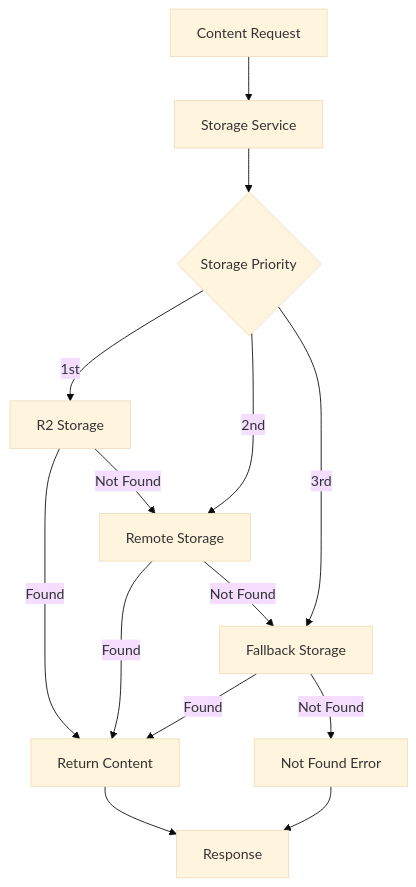
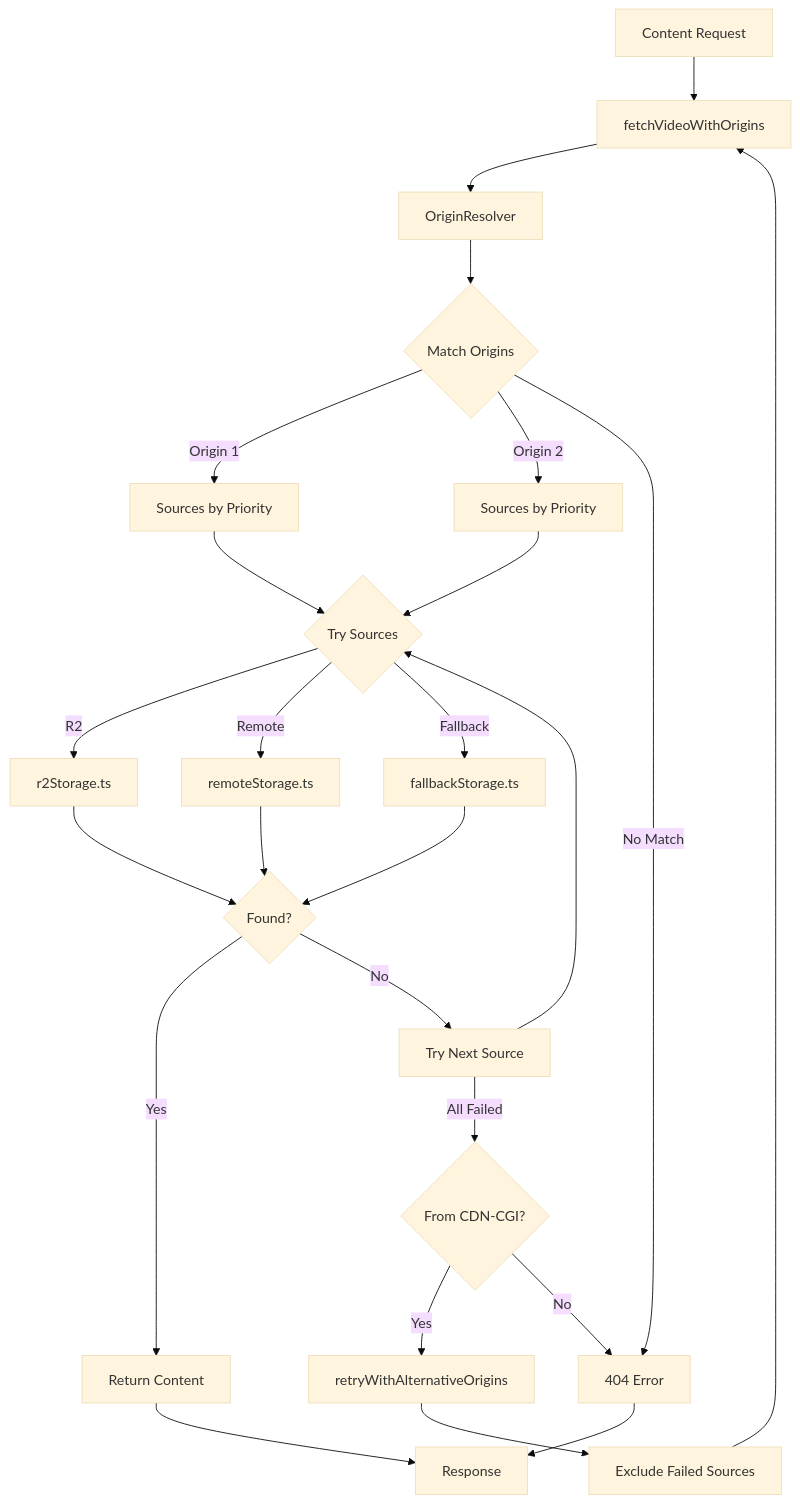
One commit to erfianugrah/video-resizer changed the fourth of 4 diagrams in docs/architecture/architecture-overview.md. Above: the diagram before and after it, drawn with Mermaid (base theme). The commit also changed other lines of this file and 1 other file, not shown here.

Commit message:
docs: update mermaid diagrams to reflect current architecture
- Updated comprehensive E2E system diagram to show new 404 handling flow
- Fixed storage backend diagram to show Origins system instead of legacy priority
- Updated Command Pattern Flow to include retryWithAlternativeOrigins
- Added new Origins System Architecture diagram
- Added Request Coalescing diagram
- Updated Core System Flow to show Origins system
- Fixed references from videoHandler to videoHandlerWithOrigins
- Updated features list to mention consolidated 404 failover
- Ensured all diagrams accurately reflect the current implementation

````diff
--- a/docs/architecture/architecture-overview.md
+++ b/docs/architecture/architecture-overview.md
@@ -454,21 +454,33 @@
 ```mermaid
 flowchart TD
-    A[Content Request] --> B[Storage Service]
+    A[Content Request] --> B[fetchVideoWithOrigins]
     
-    B --> C{Storage Priority}
+    B --> C[OriginResolver]
+    C --> D{Match Origins}
     
-    C -->|1st| D[R2 Storage]
-    C -->|2nd| E[Remote Storage]
-    C -->|3rd| F[Fallback Storage]
+    D -->|Origin 1| E[Sources by Priority]
+    D -->|Origin 2| F[Sources by Priority]
+    D -->|No Match| G[404 Error]
     
-    D -->|Found| G[Return Content]
-    D -->|Not Found| E
+    E --> H{Try Sources}
+    F --> H
     
-    E -->|Found| G
-    E -->|Not Found| F
+    H -->|R2| I[r2Storage.ts]
+    H -->|Remote| J[remoteStorage.ts]
+    H -->|Fallback| K[fallbackStorage.ts]
     
-    F -->|Found| G
-    F -->|Not Found| H[Not Found Error]
+    I & J & K --> L{Found?}
+    L -->|Yes| M[Return Content]
+    L -->|No| N[Try Next Source]
     
-    G & H --> I[Response]
+    N --> H
+    N -->|All Failed| O{From CDN-CGI?}
+    
+    O -->|Yes| P[retryWithAlternativeOrigins]
+    O -->|No| G
+    
+    P --> Q[Exclude Failed Sources]
+    Q --> B
+    
+    M & G --> R[Response]
 ```
````
